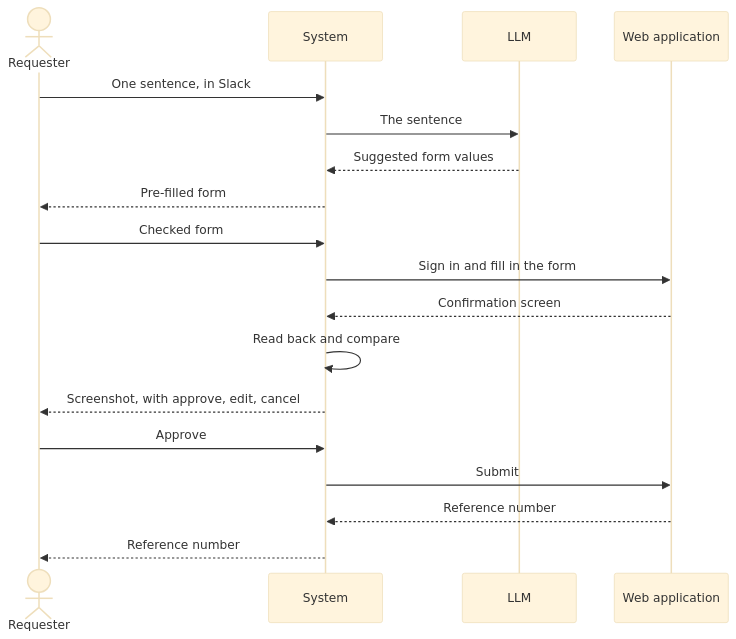
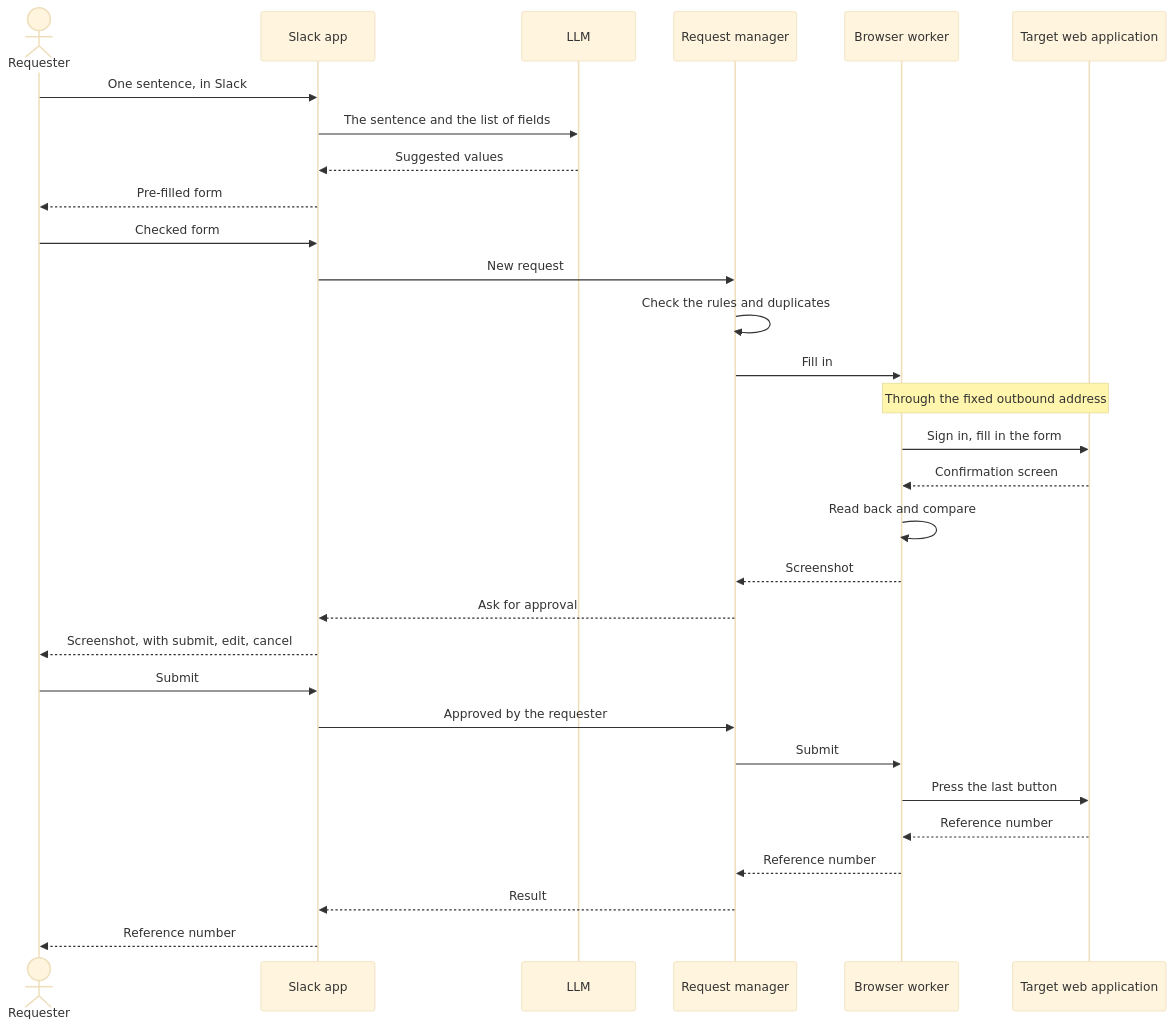
Before and after one commit to phuc-nt/slack-web-automation-poc: the first of 2 diagrams in docs/poc/01-web-form-automation.md, drawn with Mermaid (base theme). The commit also changed other lines of this file and 1 other file, not shown here.

First line of the commit message:
Detail the flow and name the tech stack in the POC docs

````diff
--- a/docs/poc/01-web-form-automation.md
+++ b/docs/poc/01-web-form-automation.md
@@ -44,21 +81,33 @@
 ```mermaid
 sequenceDiagram
     actor R as Requester
-    participant S as System
+    participant A as Slack app
     participant L as LLM
-    participant W as Web application
+    participant M as Request manager
+    participant B as Browser worker
+    participant W as Target web application
 
-    R->>S: One sentence, in Slack
-    S->>L: The sentence
-    L-->>S: Suggested form values
-    S-->>R: Pre-filled form
-    R->>S: Checked form
-    S->>W: Sign in and fill in the form
-    W-->>S: Confirmation screen
-    S->>S: Read back and compare
-    S-->>R: Screenshot, with approve, edit, cancel
-    R->>S: Approve
-    S->>W: Submit
-    W-->>S: Reference number
-    S-->>R: Reference number
+    R->>A: One sentence, in Slack
+    A->>L: The sentence and the list of fields
+    L-->>A: Suggested values
+    A-->>R: Pre-filled form
+    R->>A: Checked form
+    A->>M: New request
+    M->>M: Check the rules and duplicates
+    M->>B: Fill in
+    Note over B,W: Through the fixed outbound address
+    B->>W: Sign in, fill in the form
+    W-->>B: Confirmation screen
+    B->>B: Read back and compare
+    B-->>M: Screenshot
+    M-->>A: Ask for approval
+    A-->>R: Screenshot, with submit, edit, cancel
+    R->>A: Submit
+    A->>M: Approved by the requester
+    M->>B: Submit
+    B->>W: Press the last button
+    W-->>B: Reference number
+    B-->>M: Reference number
+    M-->>A: Result
+    A-->>R: Reference number
 ```
````
